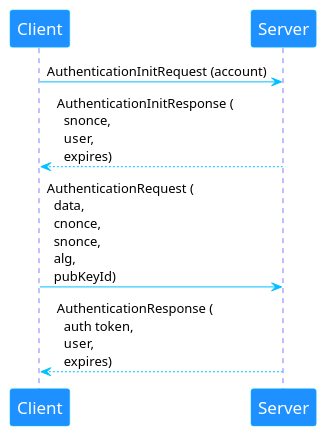
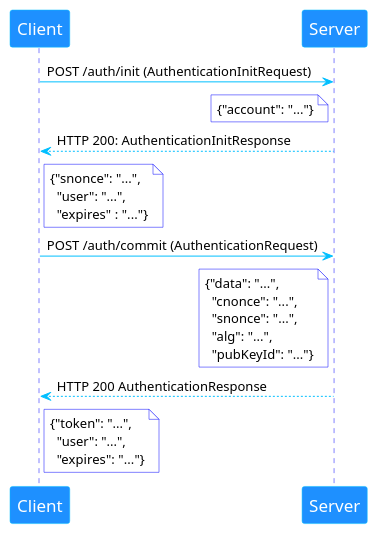
One commit to finnishtransportagency/lippu-api changed the diagram in docs/uml/auth_flow.puml. Above: the diagram before and after it, drawn with PlantUML. The commit also changed 4 other files, not shown here.

Commit message:
Add travel entitlement descriptions, improved sequence diagrams and API docs

```diff
--- a/docs/uml/auth_flow.puml
+++ b/docs/uml/auth_flow.puml
@@ -1,26 +1,30 @@
 @startuml
 skinparam backgroundColor #FFFFFF
-
+skinparam NoteBackgroundColor #FFFFFF
+skinparam NoteBorderColor blue
 skinparam sequence {
 	ArrowColor DeepSkyBlue
 	ActorBorderColor DeepSkyBlue
 	LifeLineBorderColor blue
 	LifeLineBackgroundColor #A9DCDF
 
 	ParticipantBorderColor DeepSkyBlue
 	ParticipantBackgroundColor DodgerBlue
-	ParticipantFontName Impact
 	ParticipantFontSize 17
 	ParticipantFontColor #FFFFFF
 
 	ActorBackgroundColor aqua
 	ActorFontColor DeepSkyBlue
 	ActorFontSize 17
 	ActorFontName Aapex
 }
-Client -> Server: AuthenticationInitRequest (account)
-Server --> Client: AuthenticationInitResponse (\n  snonce,\n  user,\n  expires)
+Client -> Server: POST /auth/init (AuthenticationInitRequest)
+note left of Server #FFFFFF: {"account": "..."}
+Server --> Client: HTTP 200: AuthenticationInitResponse
+note right of Client #FFFFFF:{"snonce": "...",\n  "user": "...",\n  "expires" : "..."}
 
-Client -> Server: AuthenticationRequest (\n  data,\n  cnonce,\n  snonce,\n  alg,\n  pubKeyId)
-Server --> Client: AuthenticationResponse (\n  auth token,\n  user,\n  expires)
+Client -> Server: POST /auth/commit (AuthenticationRequest)
+note left of Server #FFFFFF: {"data": "...",\n  "cnonce": "...",\n  "snonce": "...",\n  "alg": "...",\n  "pubKeyId": "..."}
+Server --> Client: HTTP 200 AuthenticationResponse
+note right of Client #FFFFFF: {"token": "...",\n  "user": "...",\n  "expires": "..."}
 @enduml
```
